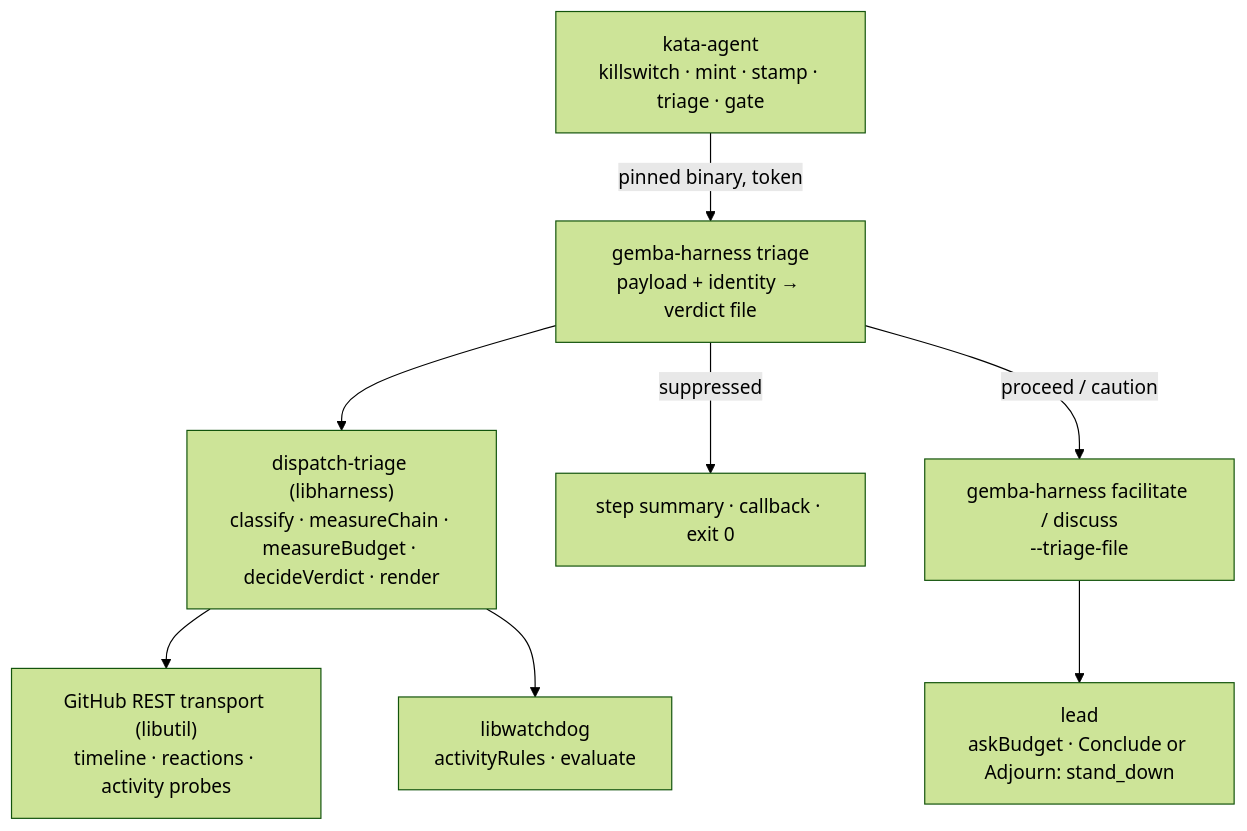
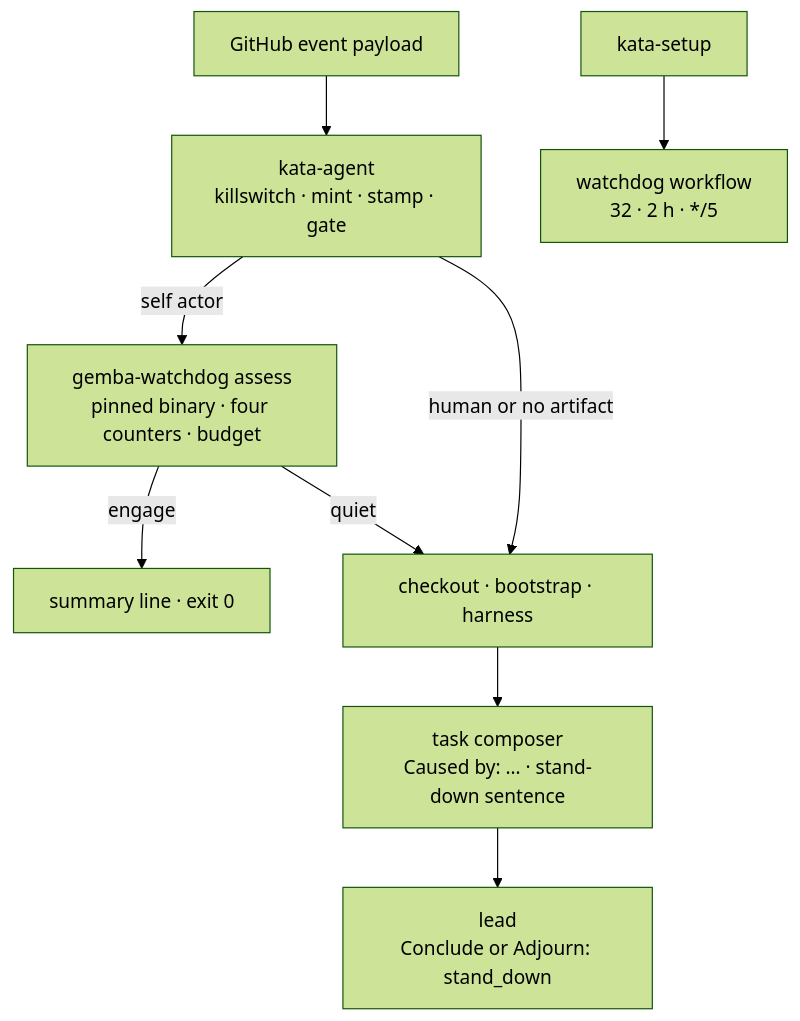
The first of 2 diagrams in specs/2350-dispatch-chain-triage/design-a.md (forwardimpact/monorepo), drawn with Mermaid (forest theme) before and after one commit. The commit also changed other lines of this file and 3 other files, not shown here.

First line of the commit message:
design(2350): simplify to one gate, one actor line, one workflow

````diff
--- a/specs/2350-dispatch-chain-triage/design-a.md
+++ b/specs/2350-dispatch-chain-triage/design-a.md
@@ -9,10 +12,11 @@
 ```mermaid
 graph TD
-    KA["kata-agent<br/>killswitch · mint · stamp · triage · gate"] -->|"pinned binary, token"| TV["gemba-harness triage<br/>payload + identity → verdict file"]
-    TV --> DT["dispatch-triage (libharness)<br/>classify · measureChain · measureBudget · decideVerdict · render"]
-    DT --> TR["GitHub REST transport (libutil)<br/>timeline · reactions · activity probes"]
-    DT --> WD["libwatchdog<br/>activityRules · evaluate"]
-    TV -->|"suppressed"| END["step summary · callback · exit 0"]
-    TV -->|"proceed / caution"| RUN["gemba-harness facilitate / discuss<br/>--triage-file"]
-    RUN --> FT["lead<br/>askBudget · Conclude or Adjourn: stand_down"]
+    EV["GitHub event payload"] --> KA["kata-agent<br/>killswitch · mint · stamp · gate"]
+    KA -->|"self actor"| WD["gemba-watchdog assess<br/>pinned binary · four counters · budget"]
+    WD -->|"engage"| END["summary line · exit 0"]
+    WD -->|"quiet"| RUN["checkout · bootstrap · harness"]
+    KA -->|"human or no artifact"| RUN
+    RUN --> TC["task composer<br/>Caused by: … · stand-down sentence"]
+    TC --> LEAD["lead<br/>Conclude or Adjourn: stand_down"]
+    SETUP["kata-setup"] --> WW["watchdog workflow<br/>32 · 2 h · */5"]
 ```
````
